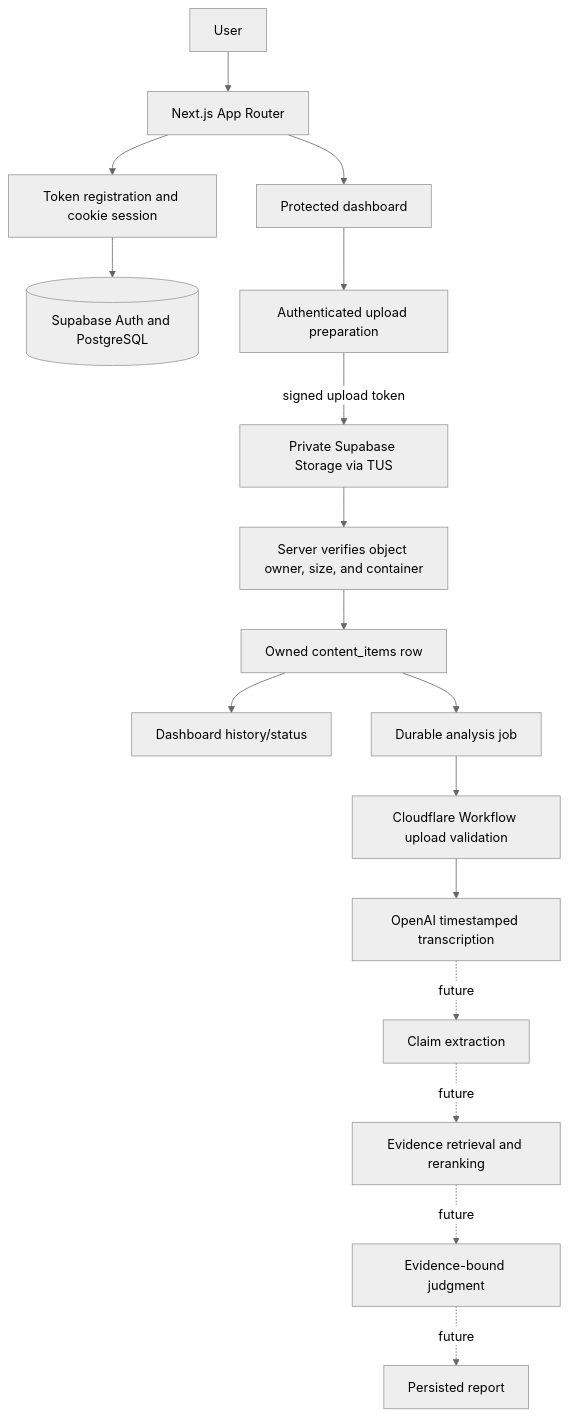
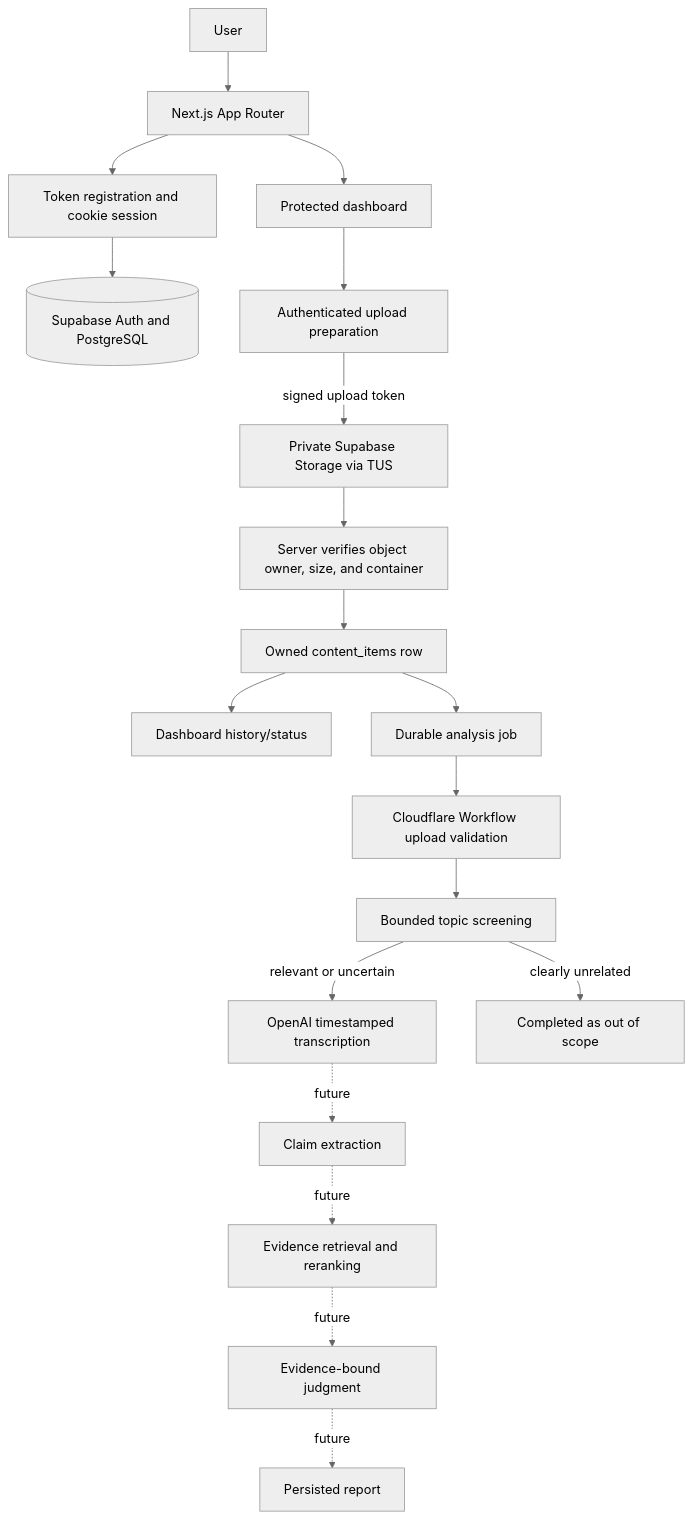
One commit to Kirbik/psych-factcheck changed the diagram in ARCHITECTURE.md. Above: the diagram before and after it, drawn with Mermaid (neutral theme). The commit also changed other lines of this file and 24 other files, not shown here.

````diff
--- a/ARCHITECTURE.md
+++ b/ARCHITECTURE.md
@@ -21,19 +21,21 @@
 ```mermaid
 flowchart TD
   U[User] --> WEB[Next.js App Router]
   WEB --> AUTH[Token registration and cookie session]
   AUTH --> DB[(Supabase Auth and PostgreSQL)]
   WEB --> DASH[Protected dashboard]
   DASH --> UP[Authenticated upload preparation]
   UP -->|signed upload token| STORAGE[Private Supabase Storage via TUS]
   STORAGE --> VERIFY[Server verifies object owner, size, and container]
   VERIFY --> CONTENT[Owned content_items row]
   CONTENT --> HISTORY[Dashboard history/status]
   CONTENT --> JOB[Durable analysis job]
   JOB --> PREP[Cloudflare Workflow upload validation]
-  PREP --> TRANS[OpenAI timestamped transcription]
+  PREP --> SCREEN[Bounded topic screening]
+  SCREEN -->|relevant or uncertain| TRANS[OpenAI timestamped transcription]
+  SCREEN -->|clearly unrelated| STOP[Completed as out of scope]
   TRANS -. future .-> CLAIMS[Claim extraction]
   CLAIMS -. future .-> RAG[Evidence retrieval and reranking]
   RAG -. future .-> JUDGE[Evidence-bound judgment]
   JUDGE -. future .-> REPORT[Persisted report]
 ```
````
